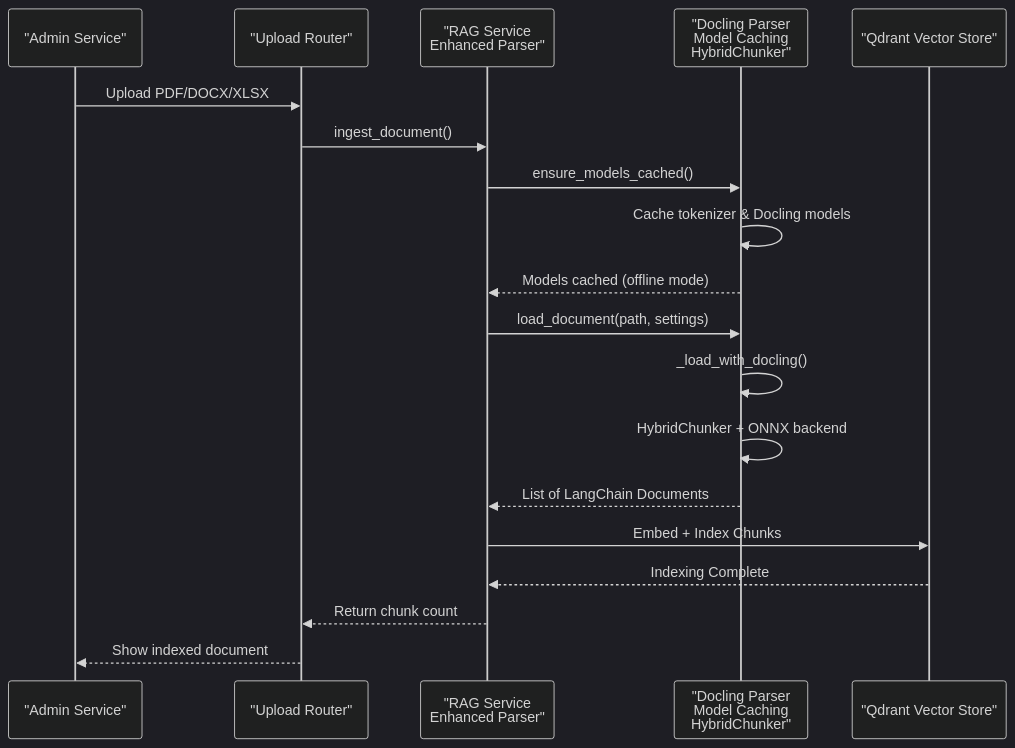
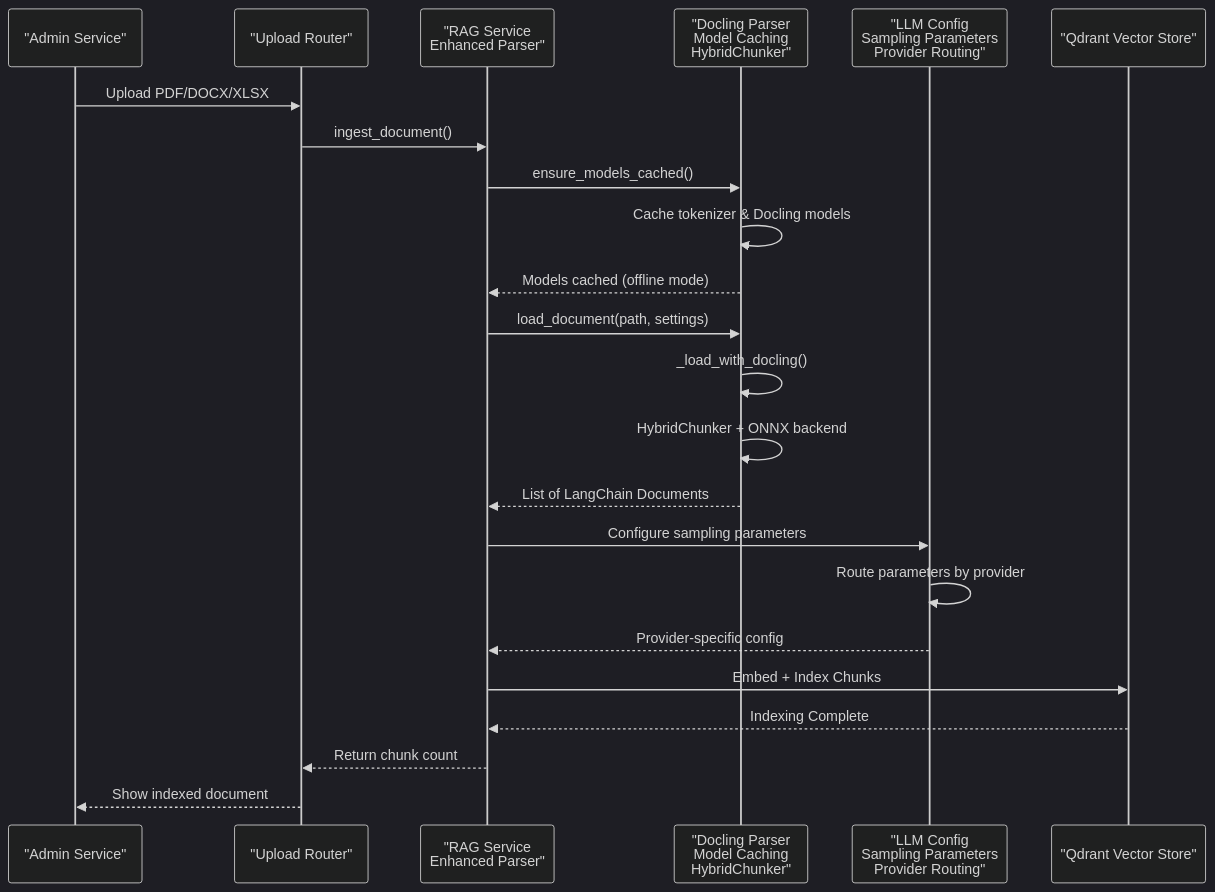
The second of 9 diagrams in .qoder/repowiki/en/content/RAG Integration/RAG Parser Enhancement.md (ognelis/cafetera_hr_bot), drawn with Mermaid (dark theme) before and after one commit. The commit also changed other lines of this file and 9 other files, not shown here.

````diff
--- a/.qoder/repowiki/en/content/RAG Integration/RAG Parser Enhancement.md
+++ b/.qoder/repowiki/en/content/RAG Integration/RAG Parser Enhancement.md
@@ -132,21 +146,25 @@
 ```mermaid
 sequenceDiagram
 participant Admin as "Admin Service"
 participant Upload as "Upload Router"
 participant RAGService as "RAG Service<br/>Enhanced Parser"
 participant Parser as "Docling Parser<br/>Model Caching<br/>HybridChunker"
+participant LLMConfig as "LLM Config<br/>Sampling Parameters<br/>Provider Routing"
 participant Qdrant as "Qdrant Vector Store"
 Admin->>Upload : Upload PDF/DOCX/XLSX
 Upload->>RAGService : ingest_document()
 RAGService->>Parser : ensure_models_cached()
 Parser->>Parser : Cache tokenizer & Docling models
 Parser-->>RAGService : Models cached (offline mode)
 RAGService->>Parser : load_document(path, settings)
 Parser->>Parser : _load_with_docling()
 Parser->>Parser : HybridChunker + ONNX backend
 Parser-->>RAGService : List of LangChain Documents
+RAGService->>LLMConfig : Configure sampling parameters
+LLMConfig->>LLMConfig : Route parameters by provider
+LLMConfig-->>RAGService : Provider-specific config
 RAGService->>Qdrant : Embed + Index Chunks
 Qdrant-->>RAGService : Indexing Complete
 RAGService-->>Upload : Return chunk count
 Upload-->>Admin : Show indexed document
 ```
````
